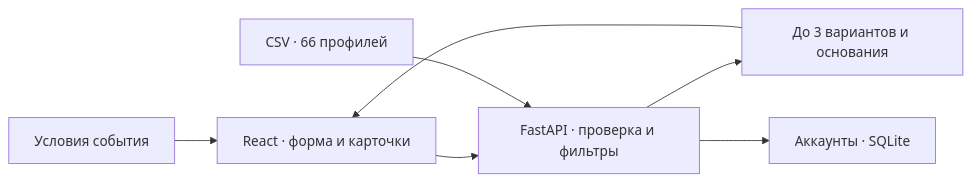
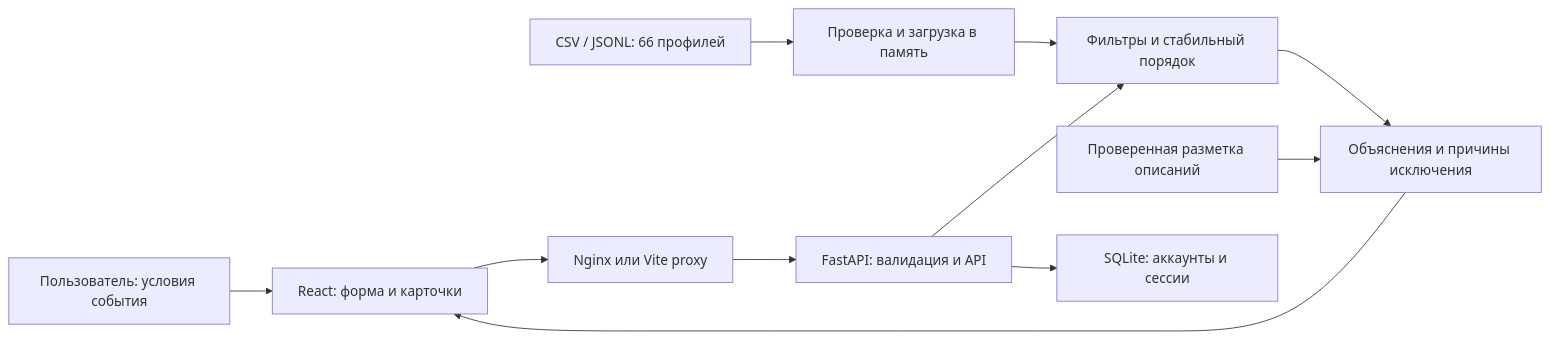
One commit to BAITC-Hacks/hack-3c47c506-ai-ana changed the diagram in README.md. Above: the diagram before and after it, drawn with Mermaid. The commit also changed other lines of this file and 45 other files, not shown here.

````diff
--- a/README.md
+++ b/README.md
@@ -124,9 +55,13 @@
 ```mermaid
 flowchart LR
-    U[Условия события] --> F[React · форма и карточки]
-    F --> A[FastAPI · проверка и фильтры]
-    C[CSV · 66 профилей] --> A
-    A --> R[До 3 вариантов и основания]
-    R --> F
-    A --> S[Аккаунты · SQLite]
+    U[Пользователь: условия события] --> F[React: форма и карточки]
+    F --> N[Nginx или Vite proxy]
+    N --> A[FastAPI: валидация и API]
+    C[CSV / JSONL: 66 профилей] --> V[Проверка и загрузка в память]
+    V --> M[Фильтры и стабильный порядок]
+    A --> M
+    M --> E[Объяснения и причины исключения]
+    Q[Проверенная разметка описаний] --> E
+    E --> F
+    A --> S[SQLite: аккаунты и сессии]
 ```
````
